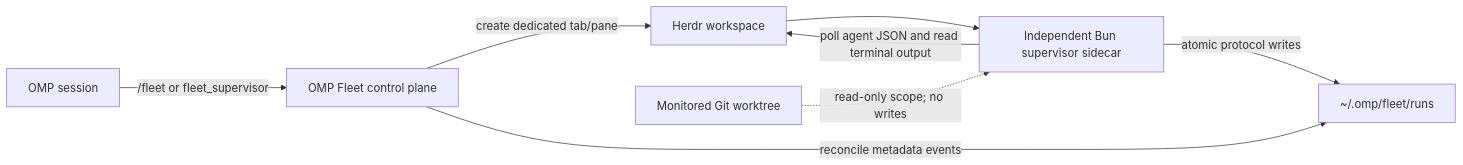
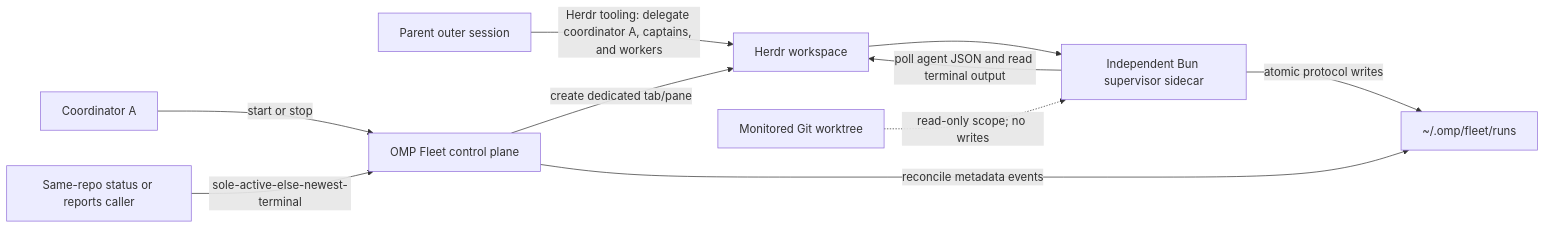
The diagram in README.md (ericjuta/omp-fleet), drawn with Mermaid before and after one commit. The commit also changed other lines of this file and 10 other files, not shown here.

````diff
--- a/README.md
+++ b/README.md
@@ -229,10 +264,12 @@
 ```mermaid
 flowchart LR
-    OMP[OMP session] -->|/fleet or fleet_supervisor| Control[OMP Fleet control plane]
-    Control -->|create dedicated tab/pane| Herdr[Herdr workspace]
+    Parent[Parent outer session] -->|Herdr tooling: delegate coordinator A, captains, and workers| Herdr[Herdr workspace]
+    CoordA[Coordinator A] -->|start or stop| Control[OMP Fleet control plane]
+    Other[Same-repo status or reports caller] -->|sole-active-else-newest-terminal| Control
+    Control -->|create dedicated tab/pane| Herdr
     Herdr --> Sidecar[Independent Bun supervisor sidecar]
     Sidecar -->|poll agent JSON and read terminal output| Herdr
     Sidecar -->|atomic protocol writes| State[~/.omp/fleet/runs]
     Control -->|reconcile metadata events| State
     Repo[Monitored Git worktree] -. read-only scope; no writes .-> Sidecar
 ```
````
